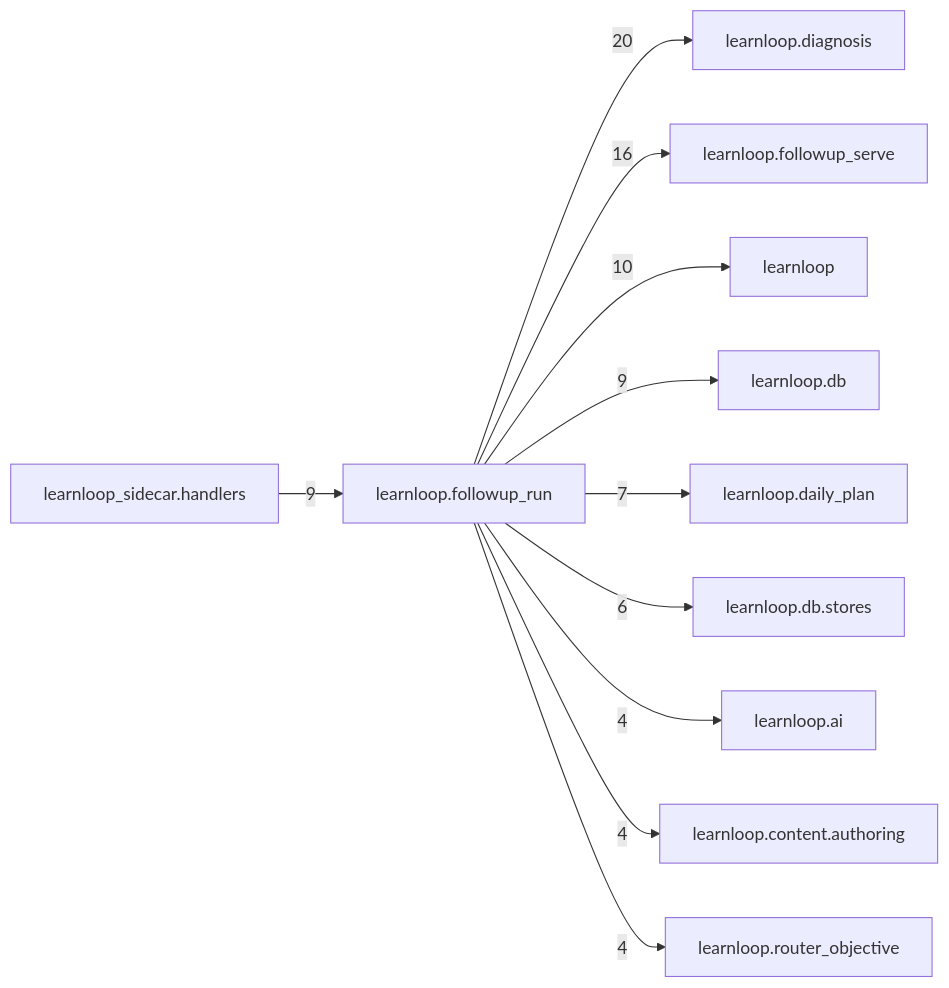
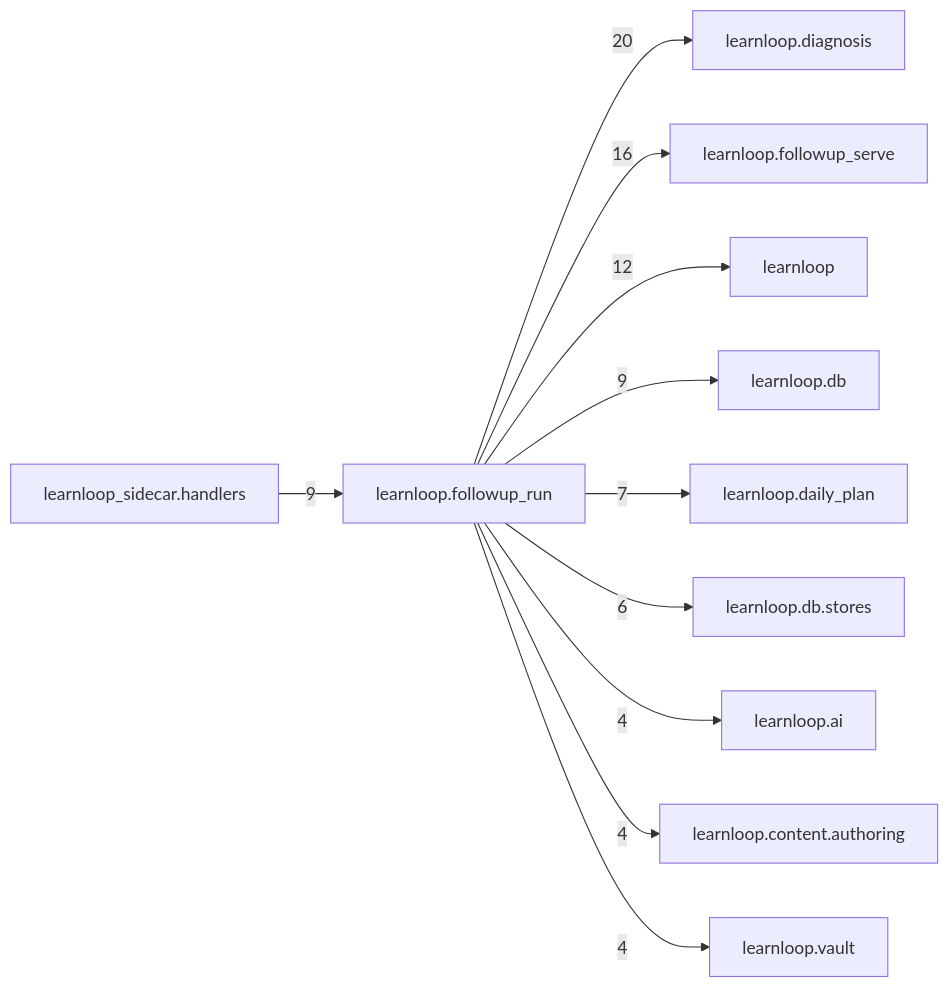
The diagram in docs/learnloop-architecture-vault/Reference/Modules/learnloop/followup_run/_package.md (6up-b/learnanything), drawn with Mermaid before and after one commit. The commit also changed other lines of this file and 59 other files, not shown here.

First line of the commit message:
Vault: references regenerated after the router fix round's source commits

````diff
--- a/docs/learnloop-architecture-vault/Reference/Modules/learnloop/followup_run/_package.md
+++ b/docs/learnloop-architecture-vault/Reference/Modules/learnloop/followup_run/_package.md
@@ -97,24 +97,24 @@
 ```mermaid
 flowchart LR
     center["learnloop.followup_run"]
     n_learnloop_diagnosis["learnloop.diagnosis"]
     n_learnloop_followup_serve["learnloop.followup_serve"]
     n_learnloop["learnloop"]
     n_learnloop_db["learnloop.db"]
     n_learnloop_sidecar_handlers["learnloop_sidecar.handlers"]
     n_learnloop_daily_plan["learnloop.daily_plan"]
     n_learnloop_db_stores["learnloop.db.stores"]
     n_learnloop_ai["learnloop.ai"]
     n_learnloop_content_authoring["learnloop.content.authoring"]
-    n_learnloop_router_objective["learnloop.router_objective"]
+    n_learnloop_vault["learnloop.vault"]
     center -->|20| n_learnloop_diagnosis
     center -->|16| n_learnloop_followup_serve
-    center -->|10| n_learnloop
+    center -->|12| n_learnloop
     center -->|9| n_learnloop_db
     n_learnloop_sidecar_handlers -->|9| center
     center -->|7| n_learnloop_daily_plan
     center -->|6| n_learnloop_db_stores
     center -->|4| n_learnloop_ai
     center -->|4| n_learnloop_content_authoring
-    center -->|4| n_learnloop_router_objective
+    center -->|4| n_learnloop_vault
 ```
````
